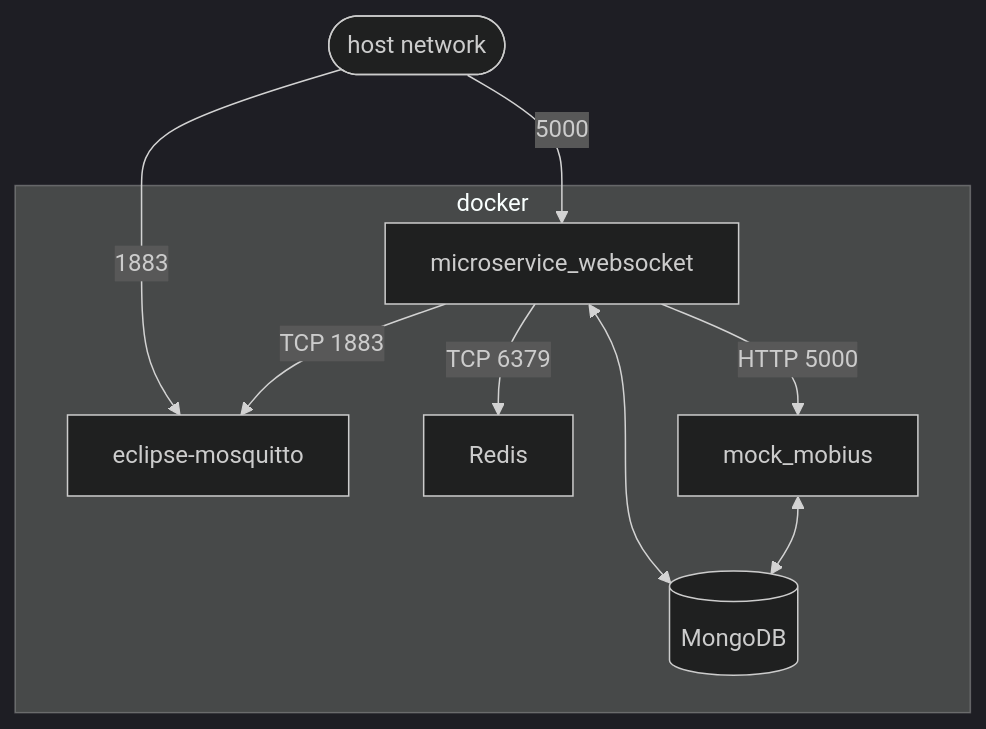
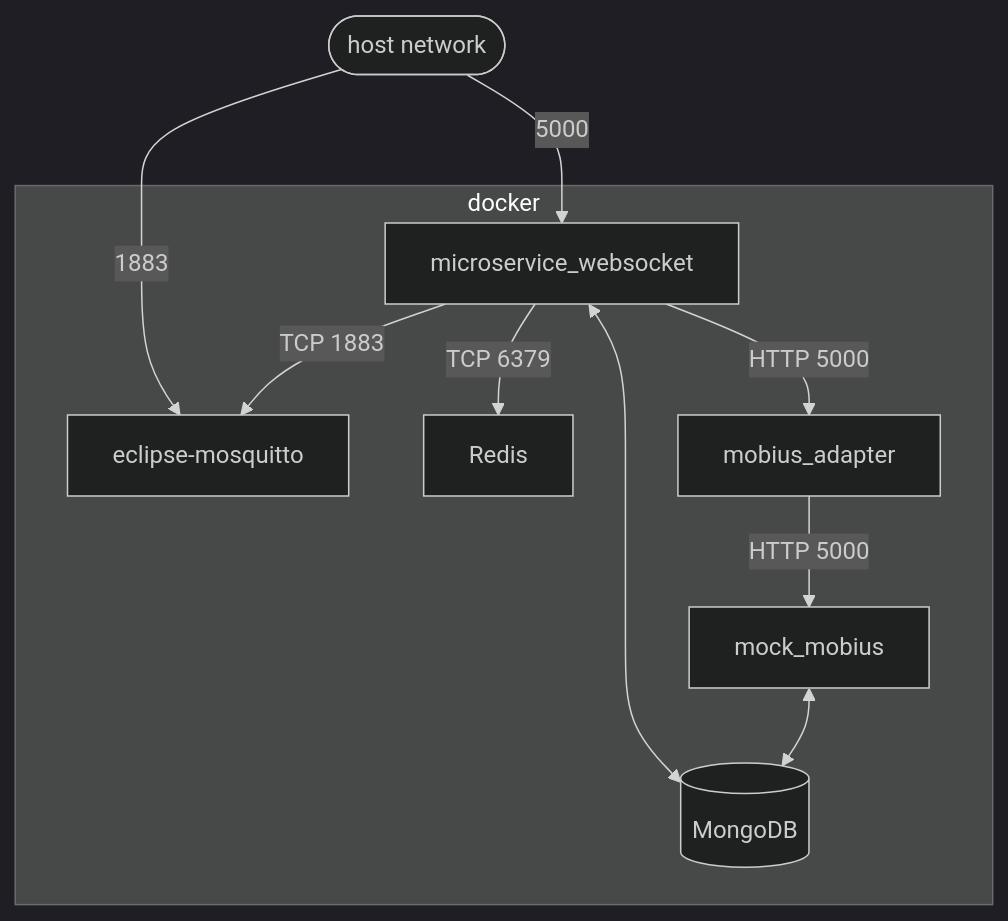
Before and after one commit to monemasrl/irma: the second of 4 diagrams in README.md, drawn with Mermaid (dark theme). The commit also changed other lines of this file and 4 other files, not shown here.

Commit message:
Update graphs

````diff
--- a/README.md
+++ b/README.md
@@ -50,21 +52,23 @@
 ```mermaid
 flowchart TD;
 
 subgraph docker
     mqtt[eclipse-mosquitto]
     mobius[mock_mobius]
+    ma[mobius_adapter]
     mongo[(MongoDB)]
     msw[microservice_websocket]
     redis[Redis]
 
     msw -- TCP 1883 --> mqtt
     msw -- TCP 6379 --> redis
     mobius <--> mongo
     msw <--> mongo
-    msw -- HTTP 5000 --> mobius
+    msw -- HTTP 5000 --> ma
+    ma -- HTTP 5000 --> mobius
 end
 out([host network])
 out -- 1883 --> mqtt
 out -- 5000 --> msw
 
 ```
````
